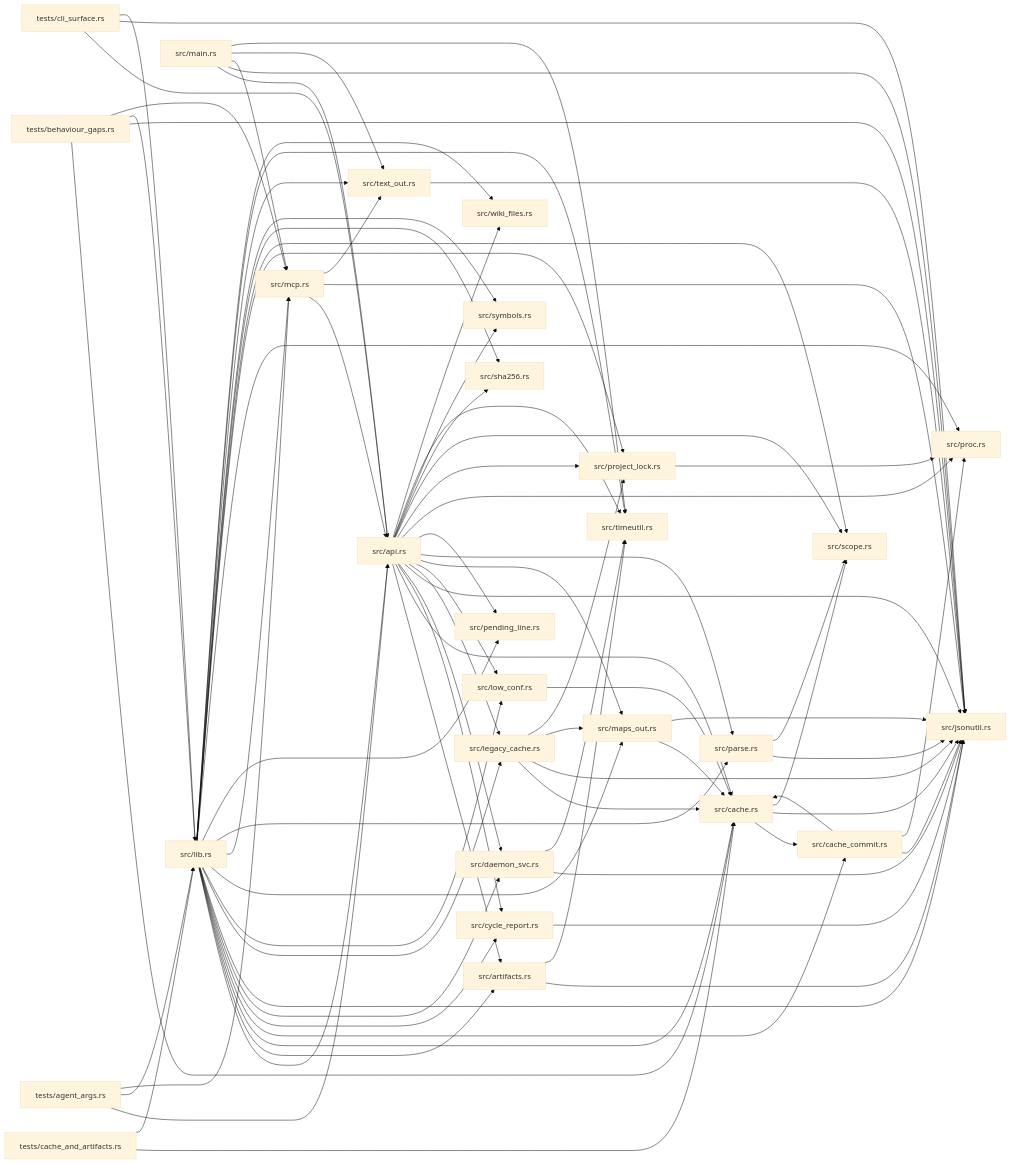
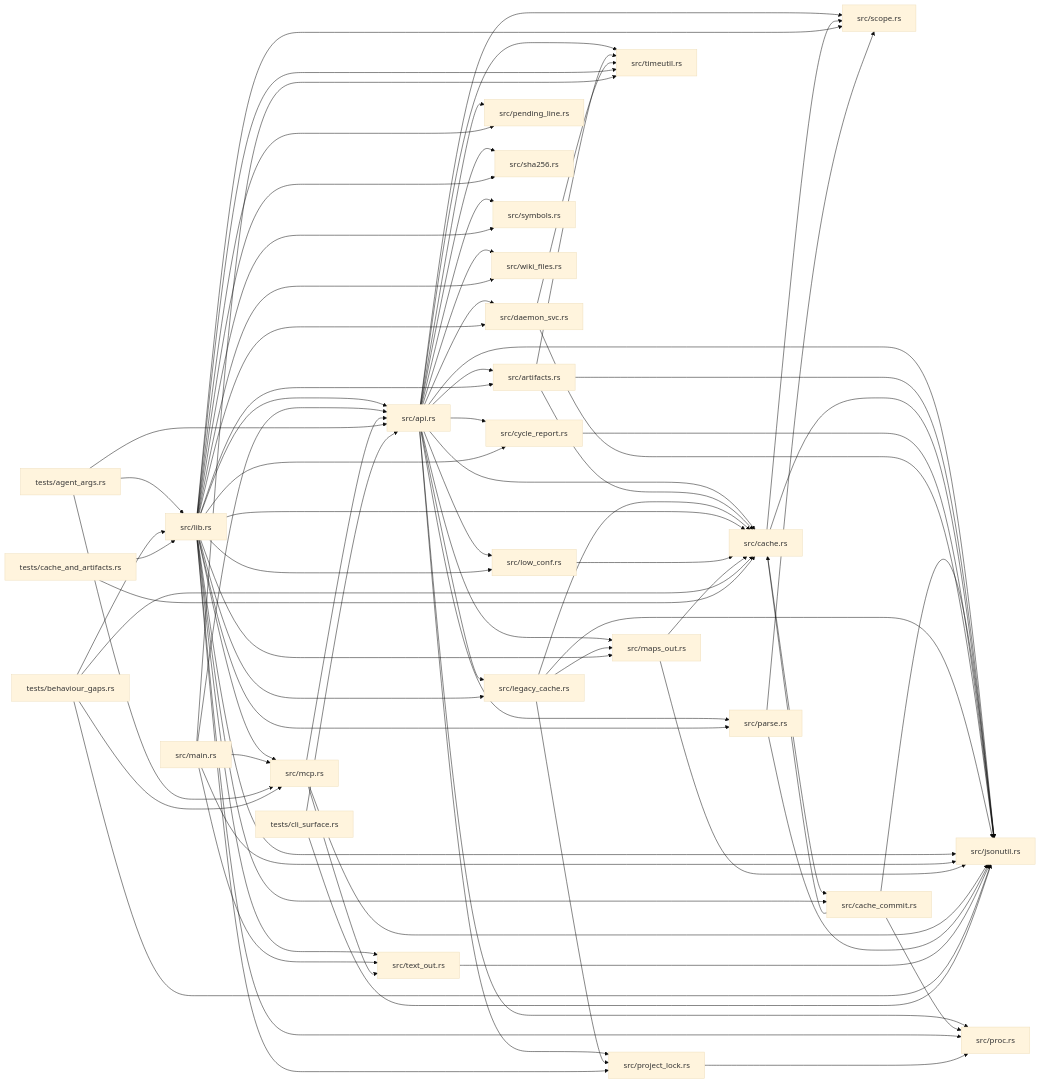
One commit to IronAdamant/wikifier changed the diagram in library.md. Above: the diagram before and after it, drawn with Mermaid (base theme). The commit also changed other lines of this file and 4 other files, not shown here.

````diff
--- a/library.md
+++ b/library.md
@@ -65,6 +65,7 @@
   n0["src/api.rs"] --> n15["src/symbols.rs"]
   n0["src/api.rs"] --> n16["src/timeutil.rs"]
   n0["src/api.rs"] --> n17["src/wiki_files.rs"]
+  n1["src/artifacts.rs"] --> n2["src/cache.rs"]
   n1["src/artifacts.rs"] --> n5["src/jsonutil.rs"]
   n1["src/artifacts.rs"] --> n16["src/timeutil.rs"]
   n2["src/cache.rs"] --> n18["src/cache_commit.rs"]
@@ -127,5 +128,4 @@
   n25["tests/cache_and_artifacts.rs"] --> n19["src/lib.rs"]
   n26["tests/cli_surface.rs"] --> n0["src/api.rs"]
   n26["tests/cli_surface.rs"] --> n5["src/jsonutil.rs"]
-  n26["tests/cli_surface.rs"] --> n19["src/lib.rs"]
 ```
````
